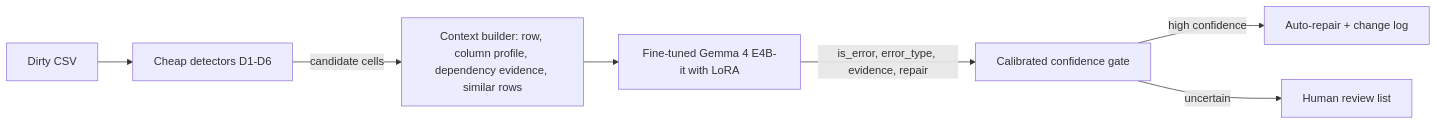
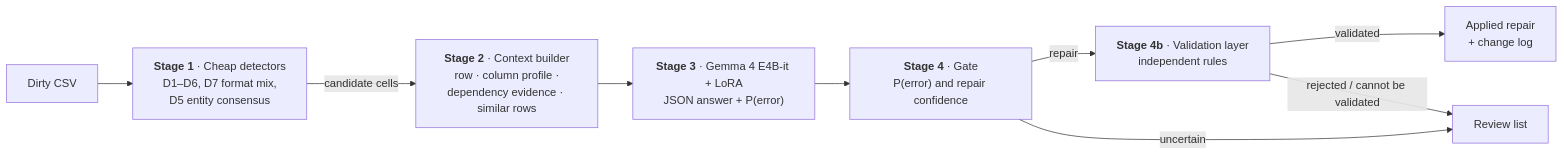
One commit to SidhaarthShree07/Group-1-DS-and-AI-Lab-Project changed the diagram in README.md. Above: the diagram before and after it, drawn with Mermaid. The commit also changed other lines of this file and 17 other files, not shown here.

````diff
--- a/README.md
+++ b/README.md
@@ -33,9 +52,11 @@
 ```mermaid
 flowchart LR
-    A[Dirty CSV] --> B[Cheap detectors D1-D6]
-    B -->|candidate cells| C[Context builder: row, column profile, dependency evidence, similar rows]
-    C --> D[Fine-tuned Gemma 4 E4B-it with LoRA]
-    D -->|is_error, error_type, evidence, repair| E[Calibrated confidence gate]
-    E -->|high confidence| F[Auto-repair + change log]
-    E -->|uncertain| G[Human review list]
+    A[Dirty CSV] --> B["<b>Stage 1</b> · Cheap detectors<br/>D1–D6, D7 format mix,<br/>D5 entity consensus"]
+    B -->|candidate cells| C["<b>Stage 2</b> · Context builder<br/>row · column profile ·<br/>dependency evidence · similar rows"]
+    C --> D["<b>Stage 3</b> · Gemma 4 E4B-it + LoRA<br/>JSON answer + P(error)"]
+    D --> E["<b>Stage 4</b> · Gate<br/>P(error) and repair confidence"]
+    E -->|repair| V["<b>Stage 4b</b> · Validation layer<br/>independent rules"]
+    E -->|uncertain| G[Review list]
+    V -->|validated| F[Applied repair<br/>+ change log]
+    V -->|rejected / cannot be validated| G
 ```
````
